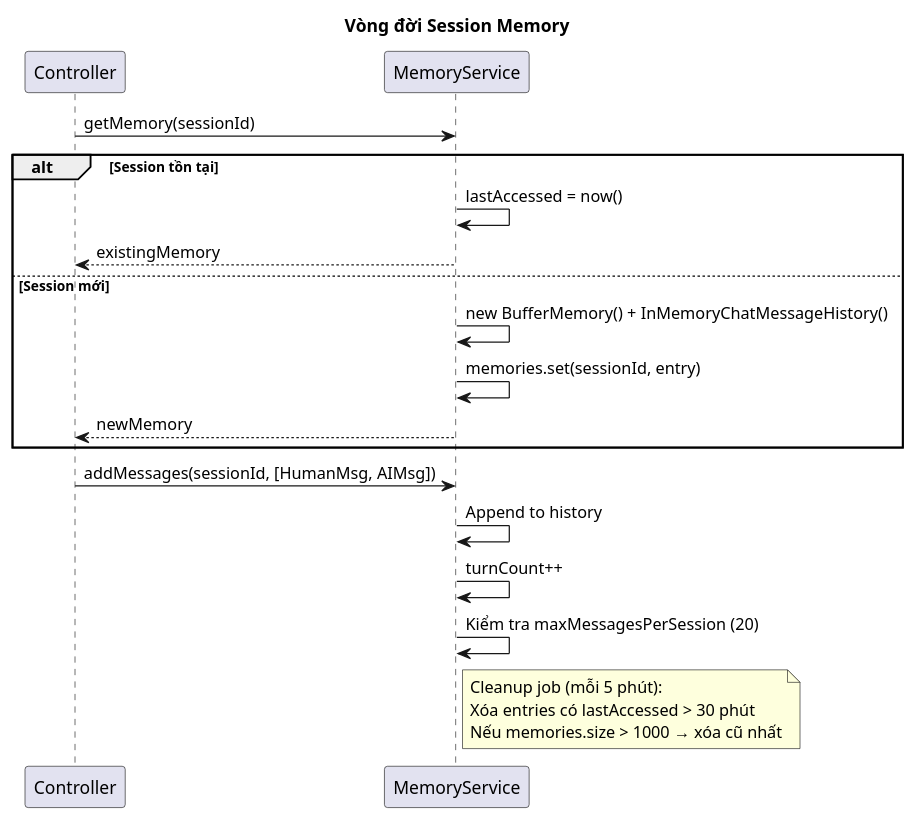
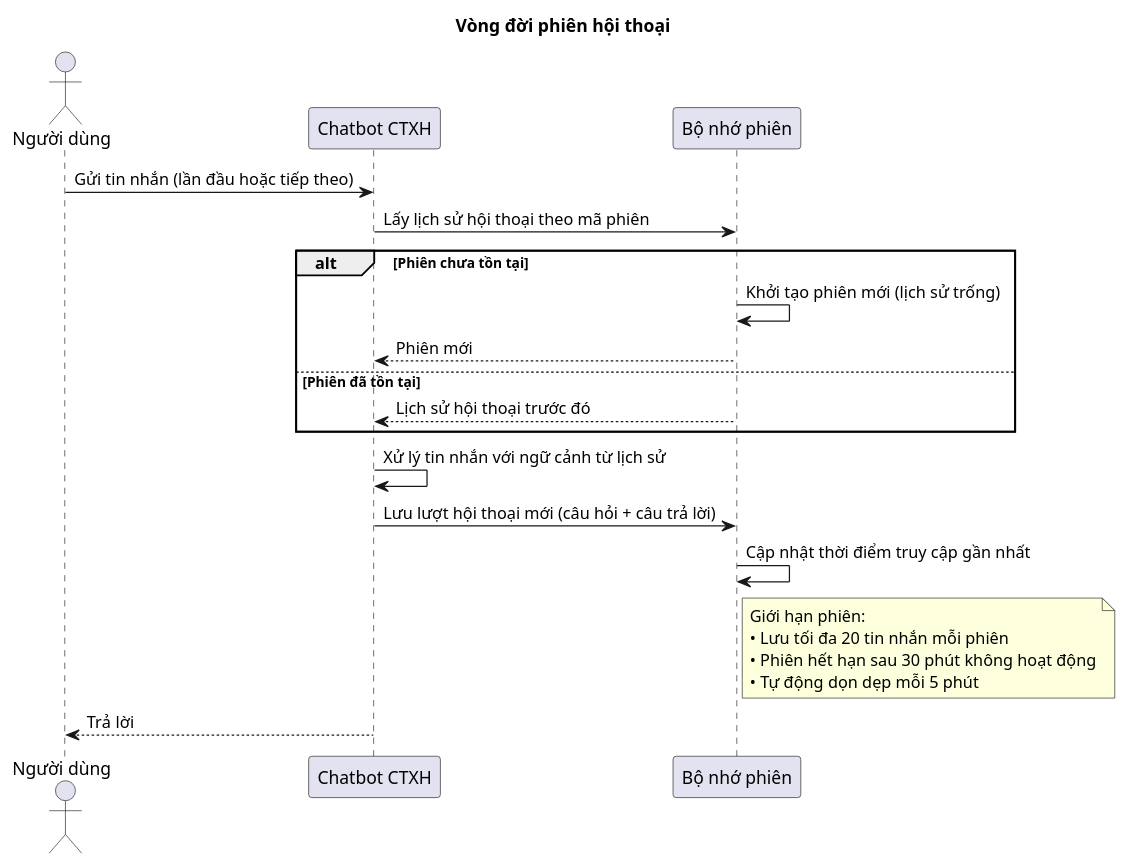
The tenth of 10 diagrams in mechanism/Duy/chatbot/CHATBOT_FLOW_DOCUMENTATION.md (Suyq017/doanhoi-portal), drawn with PlantUML before and after one commit. The commit also changed other lines of this file and 43 other files, not shown here.

````diff
--- a/mechanism/Duy/chatbot/CHATBOT_FLOW_DOCUMENTATION.md
+++ b/mechanism/Duy/chatbot/CHATBOT_FLOW_DOCUMENTATION.md
@@ -911,30 +582,34 @@
 ```plantuml
 @startuml Session_Lifecycle
-title Vòng đời Session Memory
+title Vòng đời phiên hội thoại
 
-participant "Controller" as C
-participant "MemoryService" as M
+actor "Người dùng" as U
+participant "Chatbot CTXH" as Bot
+participant "Bộ nhớ phiên" as Mem
 
-C -> M: getMemory(sessionId)
-alt Session tồn tại
-  M -> M: lastAccessed = now()
-  M --> C: existingMemory
-else Session mới
-  M -> M: new BufferMemory() + InMemoryChatMessageHistory()
-  M -> M: memories.set(sessionId, entry)
-  M --> C: newMemory
+U -> Bot: Gửi tin nhắn (lần đầu hoặc tiếp theo)
+
+Bot -> Mem: Lấy lịch sử hội thoại theo mã phiên
+alt Phiên chưa tồn tại
+  Mem -> Mem: Khởi tạo phiên mới (lịch sử trống)
+  Mem --> Bot: Phiên mới
+else Phiên đã tồn tại
+  Mem --> Bot: Lịch sử hội thoại trước đó
 end
 
-C -> M: addMessages(sessionId, [HumanMsg, AIMsg])
-M -> M: Append to history
-M -> M: turnCount++
-M -> M: Kiểm tra maxMessagesPerSession (20)
+Bot -> Bot: Xử lý tin nhắn với ngữ cảnh từ lịch sử
 
-note right of M
-  Cleanup job (mỗi 5 phút):
-  Xóa entries có lastAccessed > 30 phút
-  Nếu memories.size > 1000 → xóa cũ nhất
+Bot -> Mem: Lưu lượt hội thoại mới (câu hỏi + câu trả lời)
+Mem -> Mem: Cập nhật thời điểm truy cập gần nhất
+
+note right of Mem
+  Giới hạn phiên:
+  • Lưu tối đa 20 tin nhắn mỗi phiên
+  • Phiên hết hạn sau 30 phút không hoạt động
+  • Tự động dọn dẹp mỗi 5 phút
 end note
+
+Bot --> U: Trả lời
 
 @enduml
 ```
````
